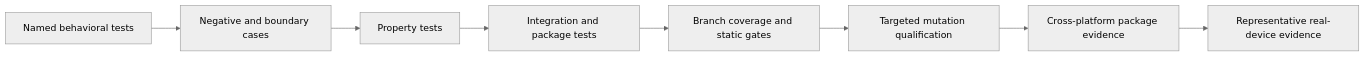
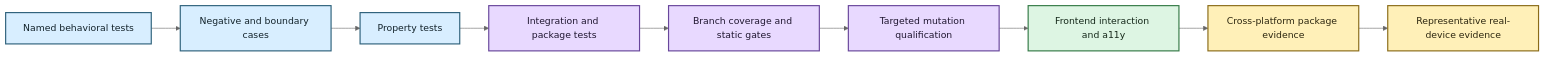
Before and after one commit to SSD1805/EchoFlow: the diagram in docs/development/README.md, drawn with Mermaid (neutral theme). The commit also changed other lines of this file, not shown here.

````diff
--- a/docs/development/README.md
+++ b/docs/development/README.md
@@ -45,10 +50,21 @@
 ```mermaid
 flowchart LR
     A[Named behavioral tests] --> B[Negative and boundary cases]
     B --> C[Property tests]
     C --> D[Integration and package tests]
     D --> E[Branch coverage and static gates]
     E --> F[Targeted mutation qualification]
-    F --> G[Cross-platform package evidence]
-    G --> H[Representative real-device evidence]
+    F --> G[Frontend interaction and a11y]
+    G --> H[Cross-platform package evidence]
+    H --> I[Representative real-device evidence]
+
+    classDef inspect fill:#D8EEFF,stroke:#2E617B,stroke-width:2px,color:#12222A
+    classDef process fill:#E8D9FF,stroke:#68469B,stroke-width:2px,color:#1F1630
+    classDef success fill:#DDF5E3,stroke:#347A46,stroke-width:2px,color:#142719
+    classDef evidence fill:#FFF0B8,stroke:#8A6B18,stroke-width:2px,color:#2C260F
+
+    class A,B,C inspect
+    class D,E,F process
+    class G success
+    class H,I evidence
 ```
````
